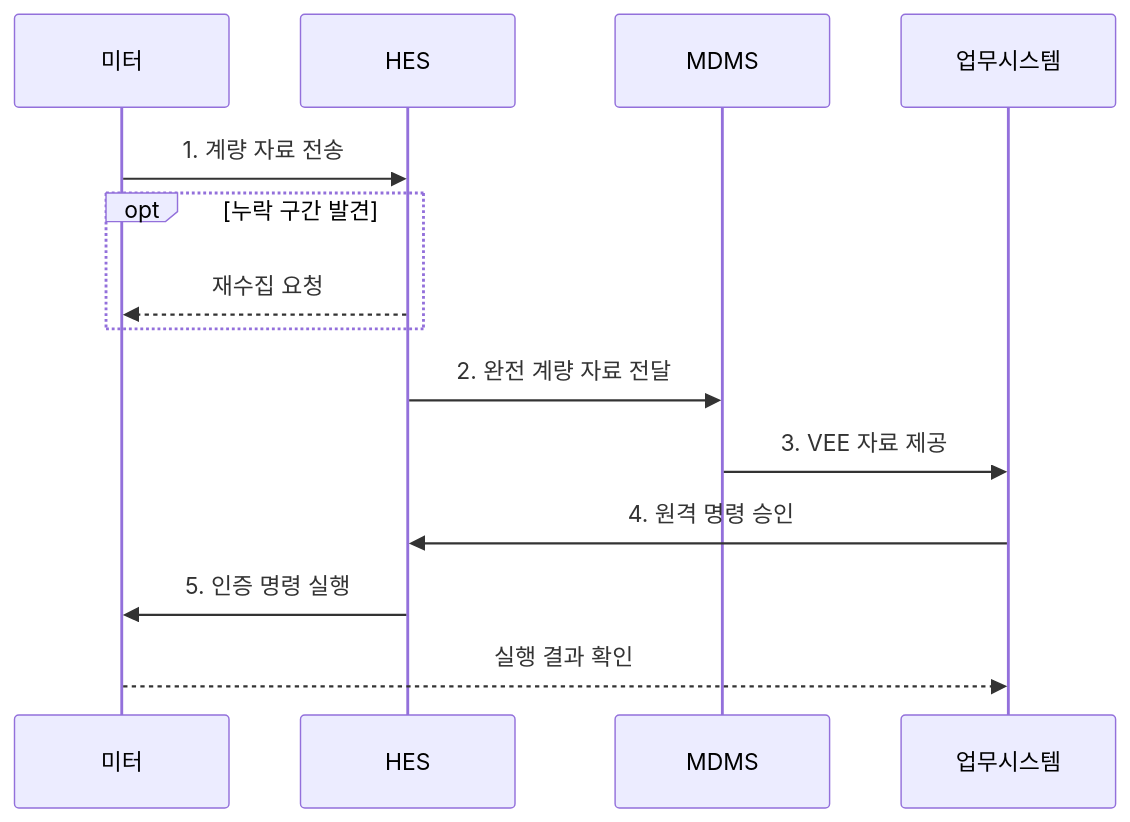
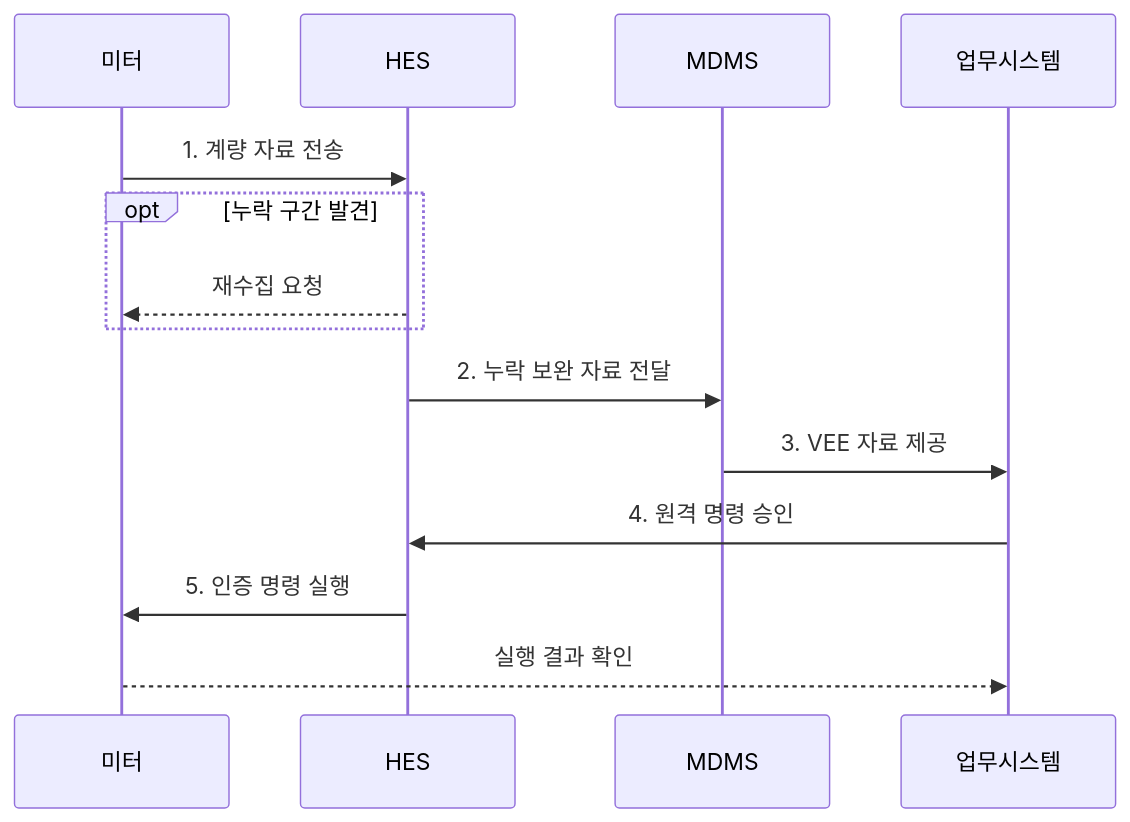
The second of 2 diagrams in src/content/docs/notes/04-network/084_advanced_metering_infrastructure.md (agnusdei1207/knowledge-base), drawn with Mermaid before and after one commit. The commit also changed other lines of this file and 15 other files, not shown here.

````diff
--- a/src/content/docs/notes/04-network/084_advanced_metering_infrastructure.md
+++ b/src/content/docs/notes/04-network/084_advanced_metering_infrastructure.md
@@ -85,16 +85,16 @@
 ```mermaid
 sequenceDiagram
     participant 미터
     participant HES
     participant MDMS
     participant 업무시스템
     미터->>HES: 1. 계량 자료 전송
     opt 누락 구간 발견
         HES-->>미터: 재수집 요청
     end
-    HES->>MDMS: 2. 완전 계량 자료 전달
+    HES->>MDMS: 2. 누락 보완 자료 전달
     MDMS->>업무시스템: 3. VEE 자료 제공
     업무시스템->>HES: 4. 원격 명령 승인
     HES->>미터: 5. 인증 명령 실행
     미터-->>업무시스템: 실행 결과 확인
 ```
````
